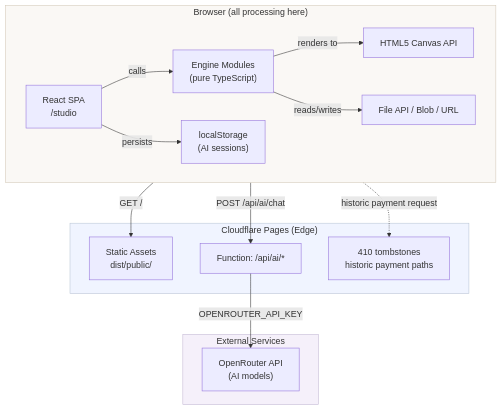
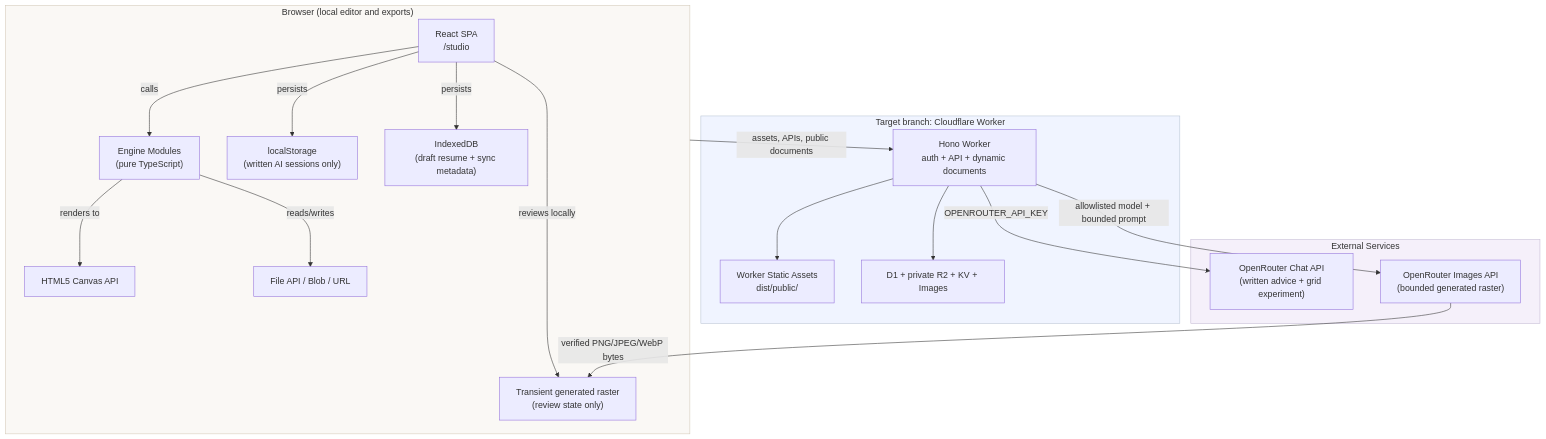
One commit to RazonIn4K/Mii-pixelart changed the first of 13 diagrams in living-the-grid-studio/docs/architecture.md. Above: the diagram before and after it, drawn with Mermaid. The commit also changed other lines of this file and 380 other files, not shown here.

````diff
--- a/living-the-grid-studio/docs/architecture.md
+++ b/living-the-grid-studio/docs/architecture.md
@@ -73,34 +93,41 @@
 ```mermaid
 graph TB
-    subgraph Browser["Browser (all processing here)"]
+    subgraph Browser["Browser (local editor and exports)"]
         SPA["React SPA<br/>/studio"]
         Engine["Engine Modules<br/>(pure TypeScript)"]
         Canvas["HTML5 Canvas API"]
         FileAPI["File API / Blob / URL"]
-        LS["localStorage<br/>(AI sessions)"]
+        LS["localStorage<br/>(written AI sessions only)"]
+        IDB["IndexedDB<br/>(draft resume + sync metadata)"]
+        Generated["Transient generated raster<br/>(review state only)"]
 
         SPA -->|"calls"| Engine
         Engine -->|"renders to"| Canvas
         Engine -->|"reads/writes"| FileAPI
         SPA -->|"persists"| LS
+        SPA -->|"persists"| IDB
+        SPA -->|"reviews locally"| Generated
     end
 
-    subgraph Edge["Cloudflare Pages (Edge)"]
-        Static["Static Assets<br/>dist/public/"]
-        Fn_AI["Function: /api/ai/*"]
-        Fn_Retired["410 tombstones<br/>historic payment paths"]
+    subgraph Edge["Target branch: Cloudflare Worker"]
+        Worker["Hono Worker<br/>auth + API + dynamic documents"]
+        Static["Worker Static Assets<br/>dist/public/"]
+        Data["D1 + private R2 + KV + Images"]
+        Worker --> Static
+        Worker --> Data
     end
 
     subgraph External["External Services"]
-        OR["OpenRouter API<br/>(AI models)"]
+        ORChat["OpenRouter Chat API<br/>(written advice + grid experiment)"]
+        ORImages["OpenRouter Images API<br/>(bounded generated raster)"]
     end
 
-    Browser -->|"GET /"| Static
-    Browser -->|"POST /api/ai/chat"| Fn_AI
-    Fn_AI -->|"OPENROUTER_API_KEY"| OR
-    Browser -.->|"historic payment request"| Fn_Retired
+    Browser -->|"assets, APIs, public documents"| Worker
+    Worker -->|"OPENROUTER_API_KEY"| ORChat
+    Worker -->|"allowlisted model + bounded prompt"| ORImages
+    ORImages -->|"verified PNG/JPEG/WebP bytes"| Generated
 
     style Browser fill:#faf8f5,stroke:#d4c9b8
     style Edge fill:#f0f4ff,stroke:#b8c4d4
     style External fill:#f5f0fa,stroke:#c4b8d4
 ```
````
